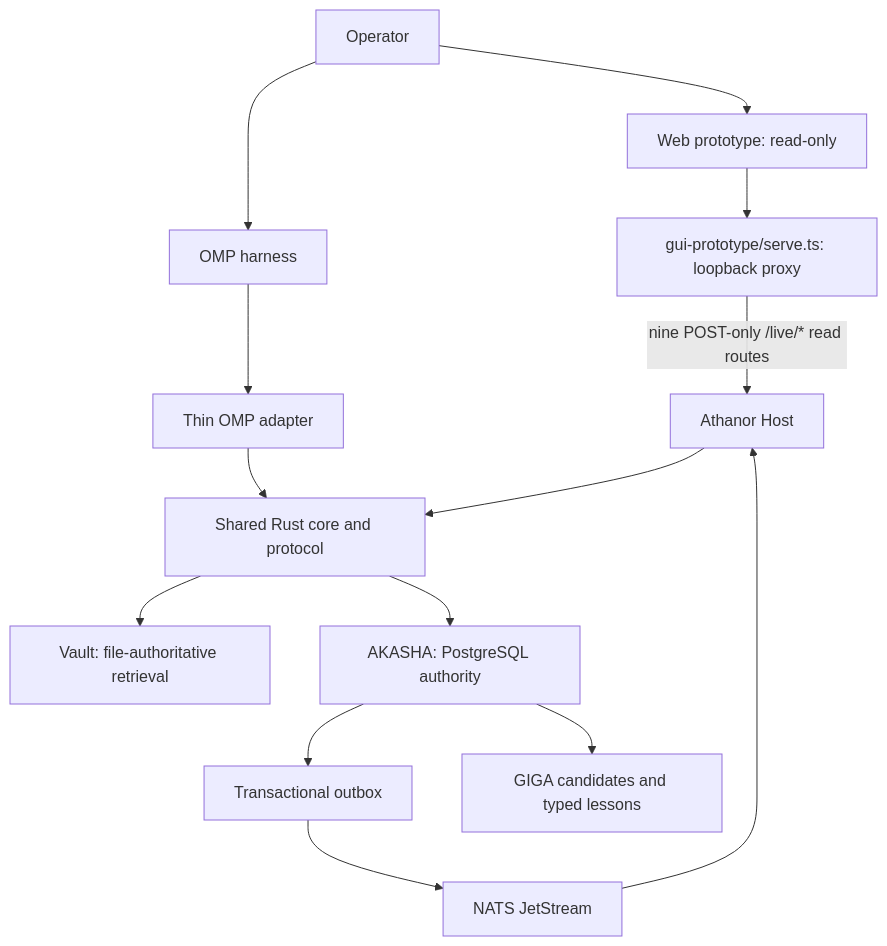
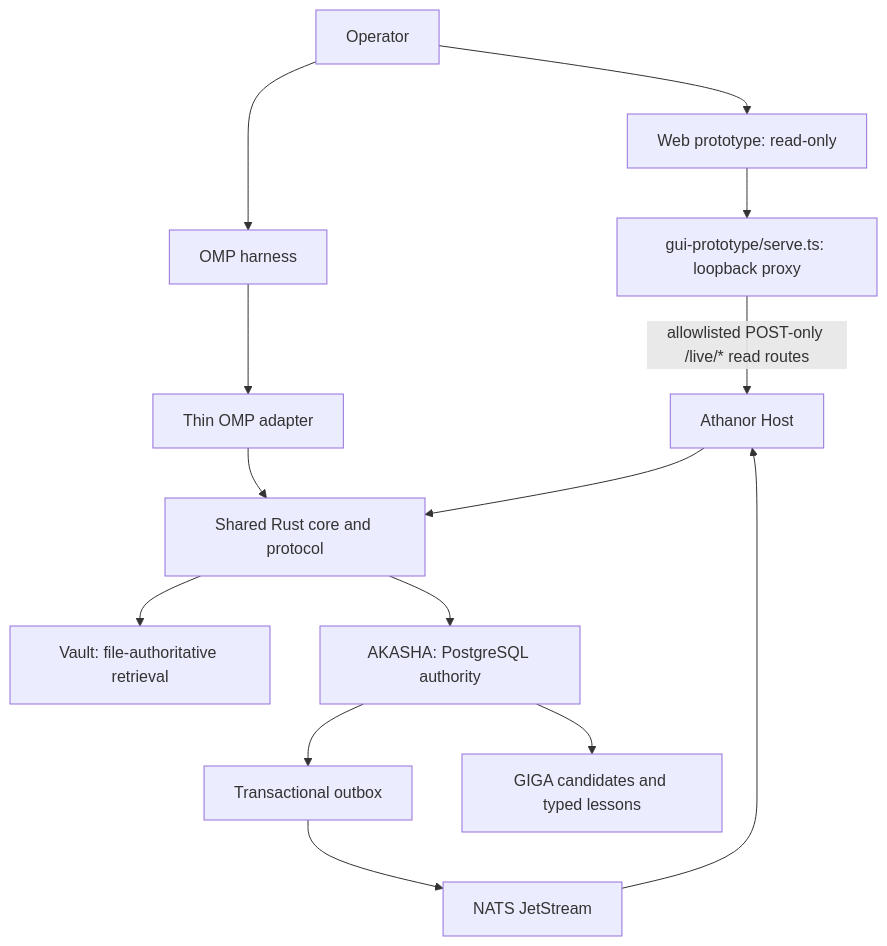
One commit to solarisael/the-athanor changed the third of 4 diagrams in README.md. Above: the diagram before and after it, drawn with Mermaid. The commit also changed other lines of this file and 96 other files, not shown here.

````diff
--- a/README.md
+++ b/README.md
@@ -125,16 +185,16 @@
 ```mermaid
 flowchart TB
     U[Operator] --> GUI[Web prototype: read-only]
     U --> OMP[OMP harness]
     GUI --> PROXY[gui-prototype/serve.ts: loopback proxy]
-    PROXY -->|nine POST-only /live/* read routes| HOST[Athanor Host]
+    PROXY -->|allowlisted POST-only /live/* read routes| HOST[Athanor Host]
     OMP --> AD[Thin OMP adapter]
     AD --> RUST[Shared Rust core and protocol]
     HOST --> RUST
     RUST --> VAULT[Vault: file-authoritative retrieval]
     RUST --> AKASHA[AKASHA: PostgreSQL authority]
     AKASHA --> OUTBOX[Transactional outbox]
     OUTBOX --> NATS[NATS JetStream]
     NATS --> HOST
     AKASHA --> GIGA[GIGA candidates and typed lessons]
 ```
````
